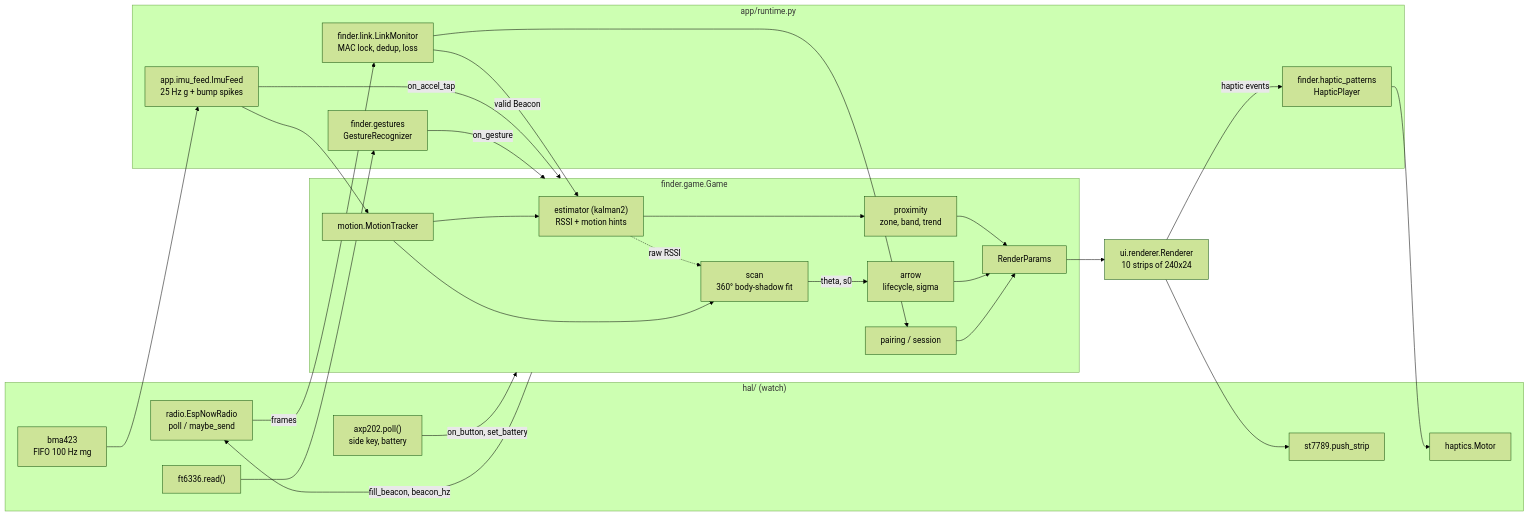
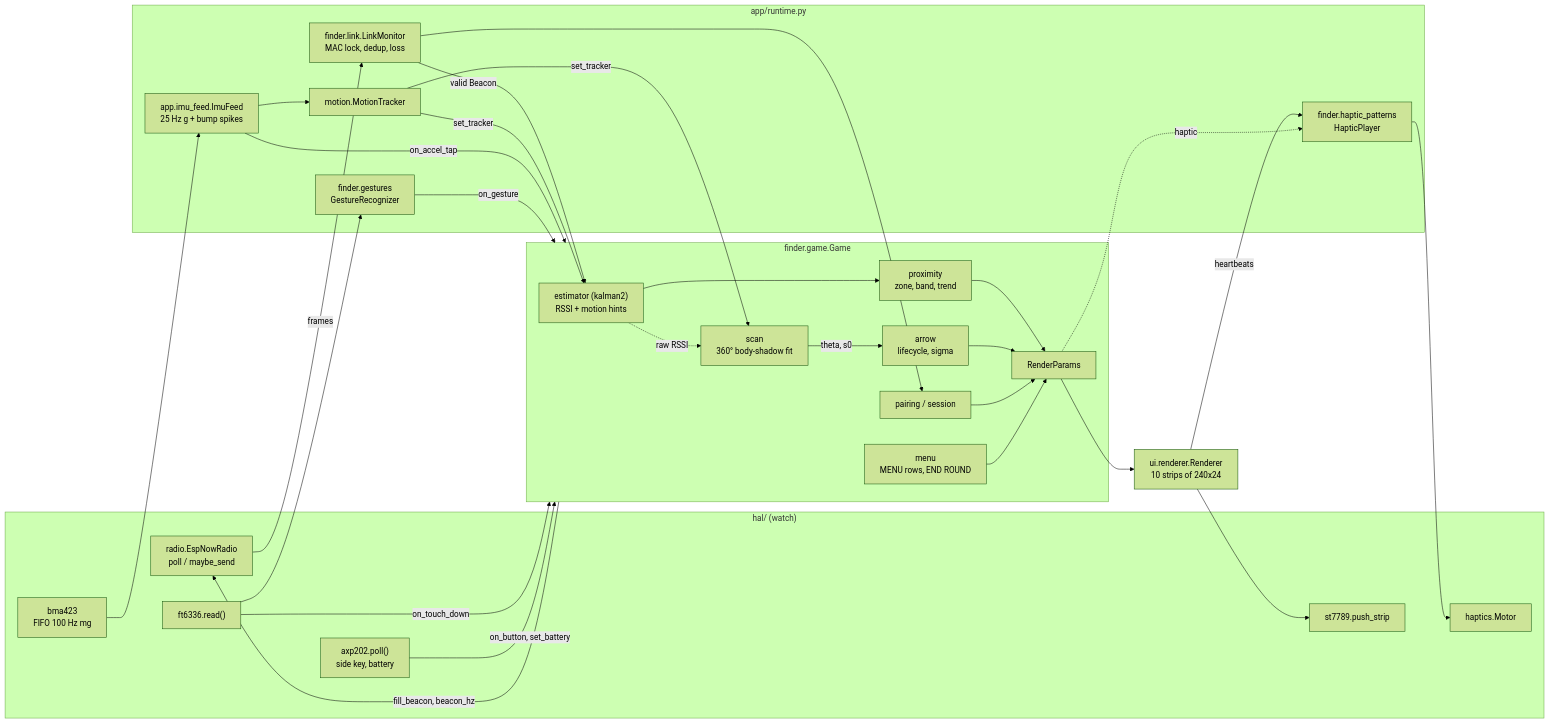
The diagram in docs/architecture.md (shogowarrior/watch-game), drawn with Mermaid (forest theme) before and after one commit. The commit also changed other lines of this file and 129 other files, not shown here.

````diff
--- a/docs/architecture.md
+++ b/docs/architecture.md
@@ -34,47 +40,51 @@
 ```mermaid
 flowchart LR
   subgraph HW["hal/ (watch)"]
     RADIO["radio.EspNowRadio<br/>poll / maybe_send"]
     IMU["bma423<br/>FIFO 100 Hz mg"]
     TOUCH["ft6336.read()"]
     PEK["axp202.poll()<br/>side key, battery"]
     DISP["st7789.push_strip"]
     MOTOR["haptics.Motor"]
   end
 
   subgraph APP["app/runtime.py"]
     LINK["finder.link.LinkMonitor<br/>MAC lock, dedup, loss"]
     FEED["app.imu_feed.ImuFeed<br/>25 Hz g + bump spikes"]
+    MT["motion.MotionTracker"]
     GEST["finder.gestures<br/>GestureRecognizer"]
     PLAYER["finder.haptic_patterns<br/>HapticPlayer"]
   end
 
   subgraph GAME["finder.game.Game"]
     EST["estimator (kalman2)<br/>RSSI + motion hints"]
     PX["proximity<br/>zone, band, trend"]
     SCAN["scan<br/>360° body-shadow fit"]
     ARROW["arrow<br/>lifecycle, sigma"]
     PAIR["pairing / session"]
-    MT["motion.MotionTracker"]
+    MENU["menu<br/>MENU rows, END ROUND"]
     RP["RenderParams"]
   end
 
   RADIO -->|frames| LINK -->|valid Beacon| EST
   LINK --> PAIR
   EST --> PX
   EST -.raw RSSI.-> SCAN
   SCAN -->|theta, s0| ARROW
   IMU --> FEED --> MT
   FEED -->|on_accel_tap| GAME
-  MT --> EST
-  MT --> SCAN
+  MT -->|set_tracker| EST
+  MT -->|set_tracker| SCAN
+  TOUCH -->|on_touch_down| GAME
   TOUCH --> GEST -->|on_gesture| GAME
   PEK -->|on_button, set_battery| GAME
   PX --> RP
   ARROW --> RP
   PAIR --> RP
+  MENU --> RP
   RP --> REND["ui.renderer.Renderer<br/>10 strips of 240x24"]
   REND --> DISP
-  REND -->|haptic events| PLAYER --> MOTOR
+  REND -->|heartbeats| PLAYER --> MOTOR
+  RP -.->|haptic| PLAYER
   GAME -->|fill_beacon, beacon_hz| RADIO
 ```
````
